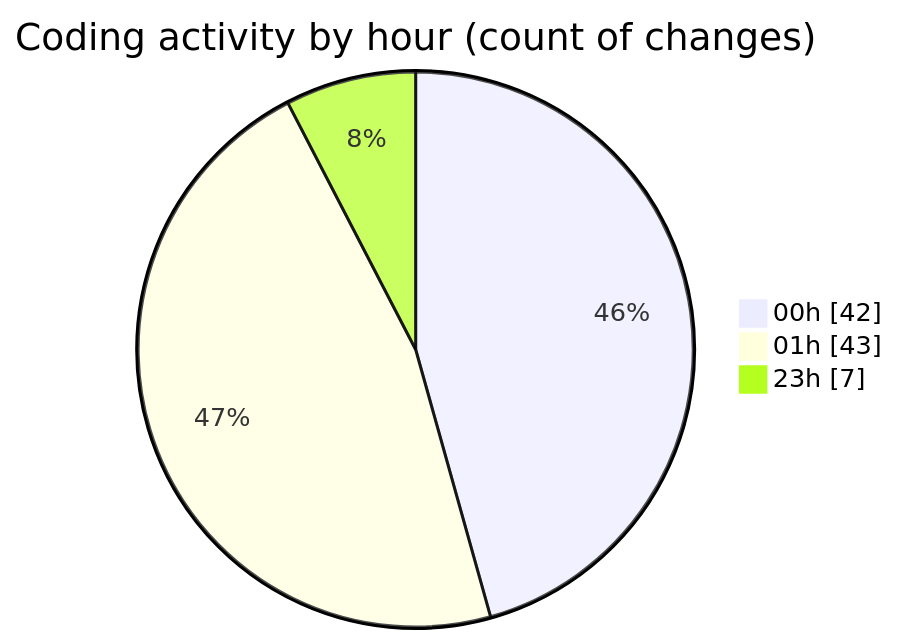
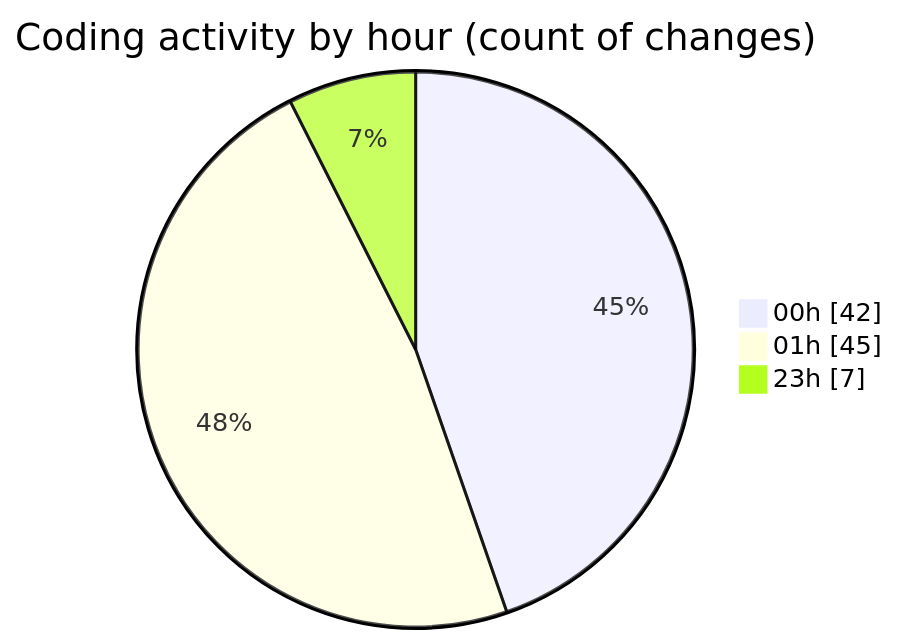
The second of 2 diagrams in 2025-08-12/rentotp/README.md (lephambinh05/code-tracking), drawn with Mermaid before and after one commit. The commit also changed other lines of this file and 1 other file, not shown here.

````diff
--- a/2025-08-12/rentotp/README.md
+++ b/2025-08-12/rentotp/README.md
@@ -41,7 +42,7 @@
 ```mermaid
 pie showData
 title Coding activity by hour (count of changes)
 "00h" : 42
-"01h" : 43
+"01h" : 45
 "23h" : 7
 ```
````
